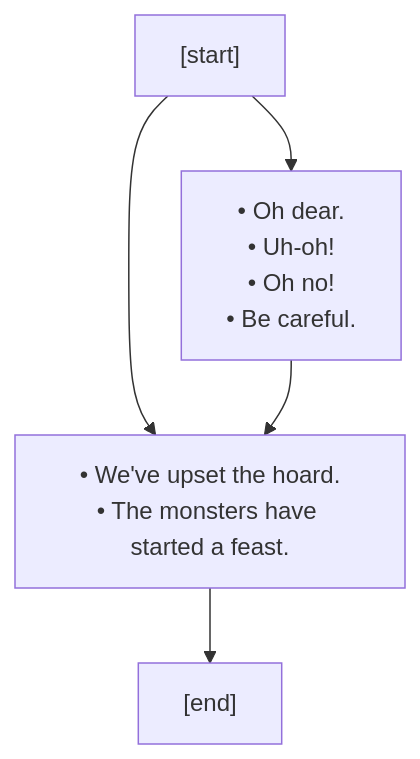
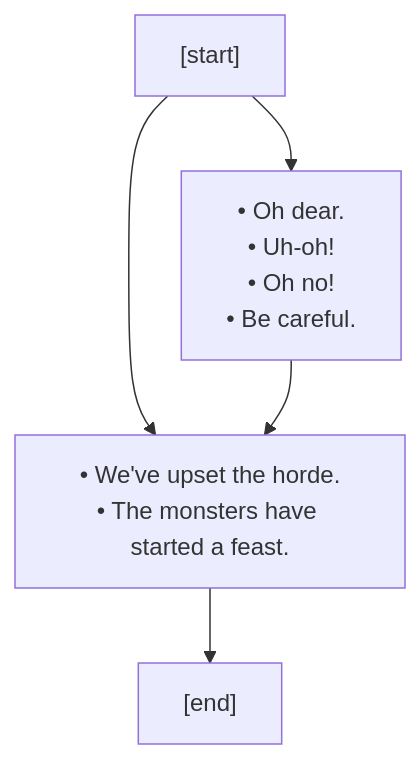
One commit to charredUtensil/groundhog changed the first of 4 diagrams in src/core/lore/graphs/pandora.md. Above: the diagram before and after it, drawn with Mermaid. The commit also changed 3 other files, not shown here.

````diff
--- a/src/core/lore/graphs/pandora.md
+++ b/src/core/lore/graphs/pandora.md
@@ -3,11 +3,11 @@
 ```mermaid
 flowchart TD;
 P0["[start]"]
 P0 --> P1
 P0 --> P2
 P1["&bull; Oh dear.<br/>&bull; Uh-oh!<br/>&bull; Oh no!<br/>&bull; Be careful."]
 P1 --> P2
-P2["&bull; We've upset the hoard.<br/>&bull; The monsters have started a feast. "]
+P2["&bull; We've upset the horde.<br/>&bull; The monsters have started a feast. "]
 P2 --> P3
 P3["[end]"]
 ```
````
